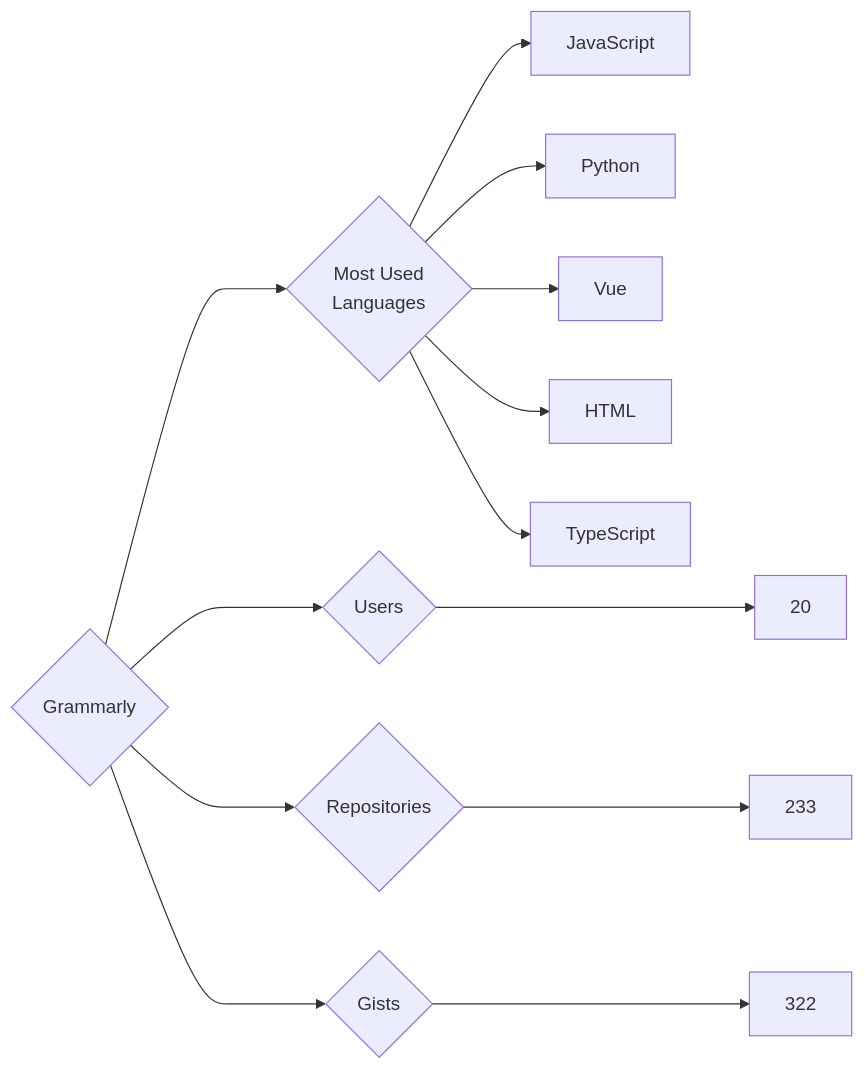
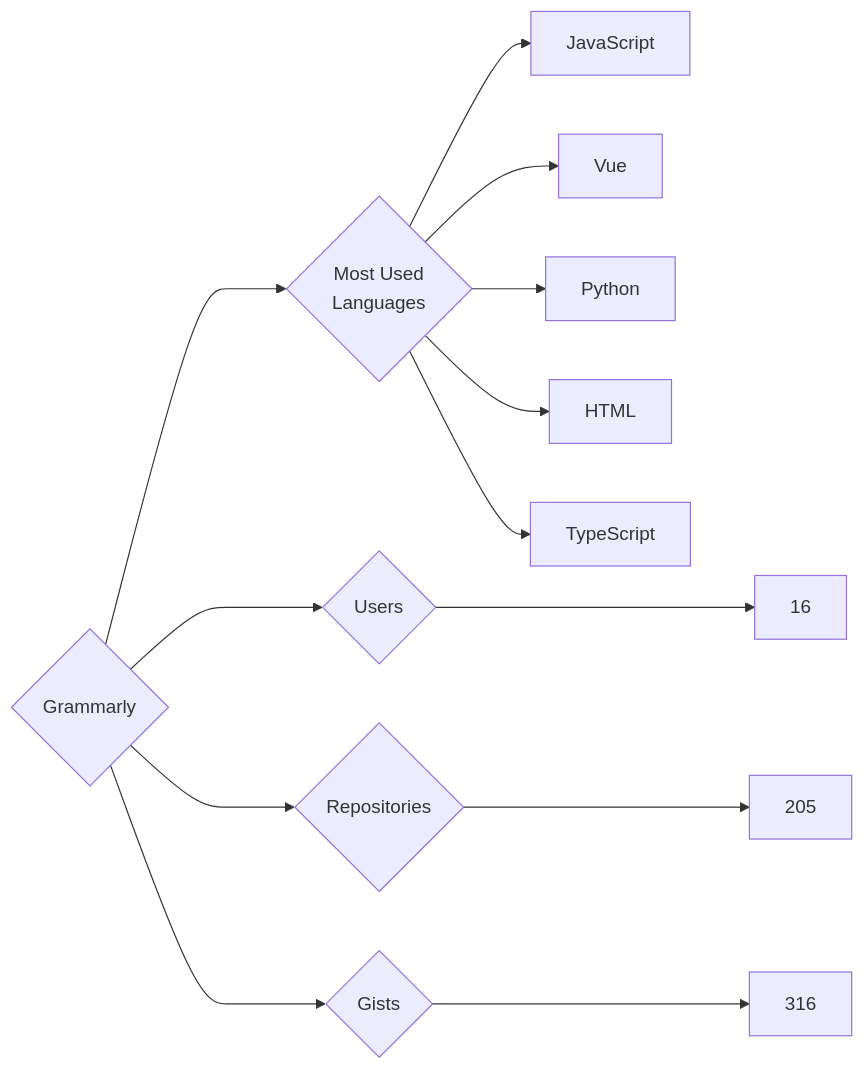
The diagram in targets/Grammarly/README.md (trickest/insiders), drawn with Mermaid before and after one commit. The commit also changed 845 other files, not shown here.

````diff
--- a/targets/Grammarly/README.md
+++ b/targets/Grammarly/README.md
@@ -3,13 +3,13 @@
 ```mermaid
 graph LR
 COMPANY_NAME{Grammarly}
-COMPANY_NAME ---> U{Users} ---> UN[20]
-COMPANY_NAME ---> R{Repositories} ---> RN[233]
-COMPANY_NAME ---> G{Gists} ---> GN[322]
+COMPANY_NAME ---> U{Users} ---> UN[16]
+COMPANY_NAME ---> R{Repositories} ---> RN[205]
+COMPANY_NAME ---> G{Gists} ---> GN[316]
 COMPANY_NAME ---> ML{Most Used<br>Languages}
 ML --> JavaScript[JavaScript]
+ML --> Vue[Vue]
 ML --> Python[Python]
-ML --> Vue[Vue]
 ML --> HTML[HTML]
 ML --> TypeScript[TypeScript]
 ```
````
